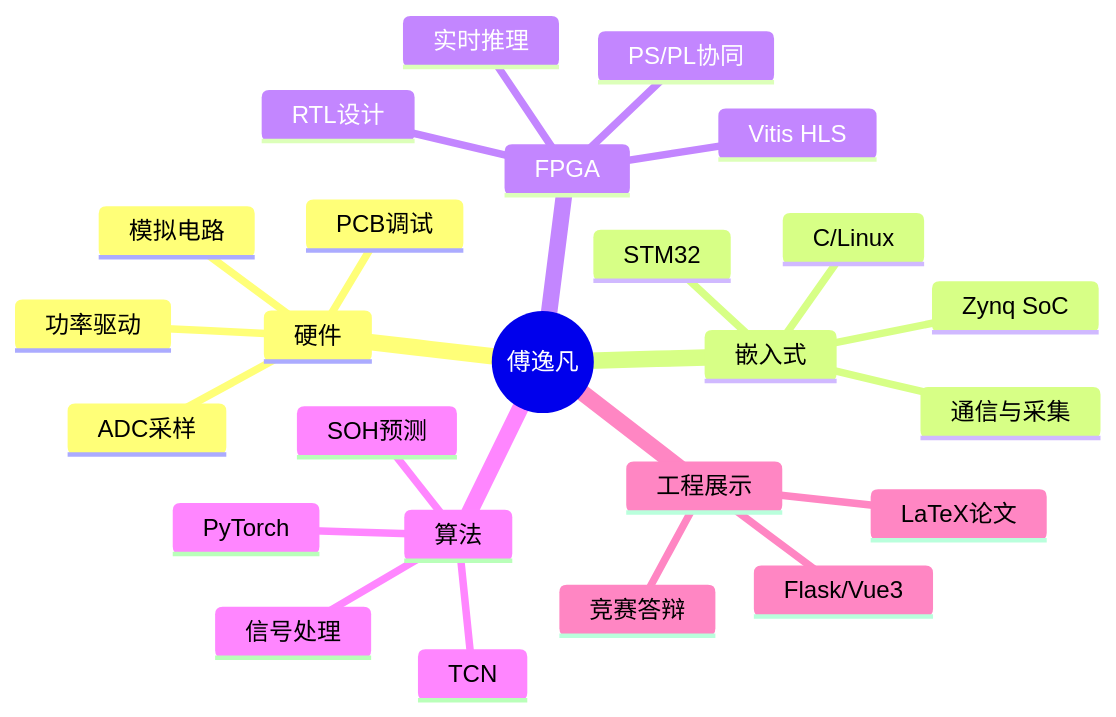
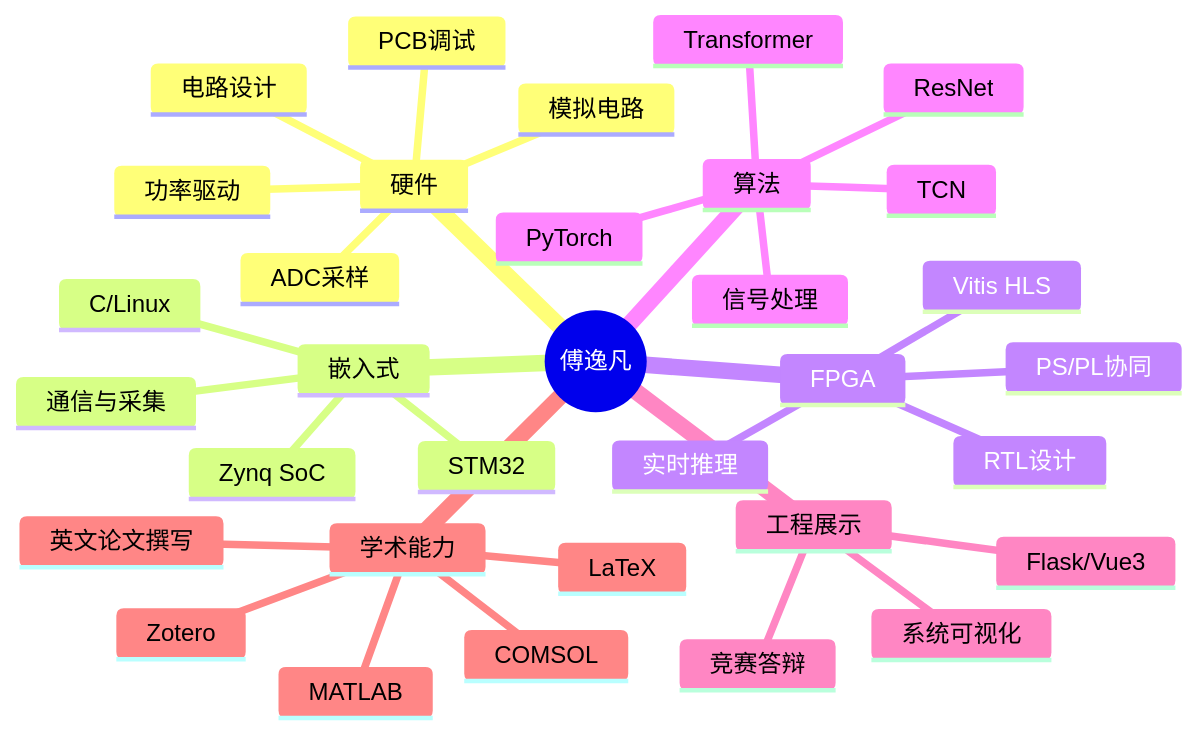
The first of 3 diagrams in PERSONAL/面试自我介绍.md (fu1fan/obsidian-vault), drawn with Mermaid before and after one commit. The commit also changed other lines of this file and 2 other files, not shown here.

````diff
--- a/PERSONAL/面试自我介绍.md
+++ b/PERSONAL/面试自我介绍.md
@@ -46,28 +50,36 @@
 ```mermaid
 mindmap
   root((傅逸凡))
     硬件
+      电路设计
       模拟电路
       ADC采样
       功率驱动
       PCB调试
     嵌入式
       STM32
       Zynq SoC
       C/Linux
       通信与采集
     FPGA
       Vitis HLS
       RTL设计
       PS/PL协同
       实时推理
     算法
       PyTorch
       TCN
+      ResNet
+      Transformer
       信号处理
-      SOH预测
     工程展示
       Flask/Vue3
-      LaTeX论文
+      系统可视化
       竞赛答辩
+    学术能力
+      MATLAB
+      COMSOL
+      LaTeX
+      英文论文撰写
+      Zotero
 ```
````
